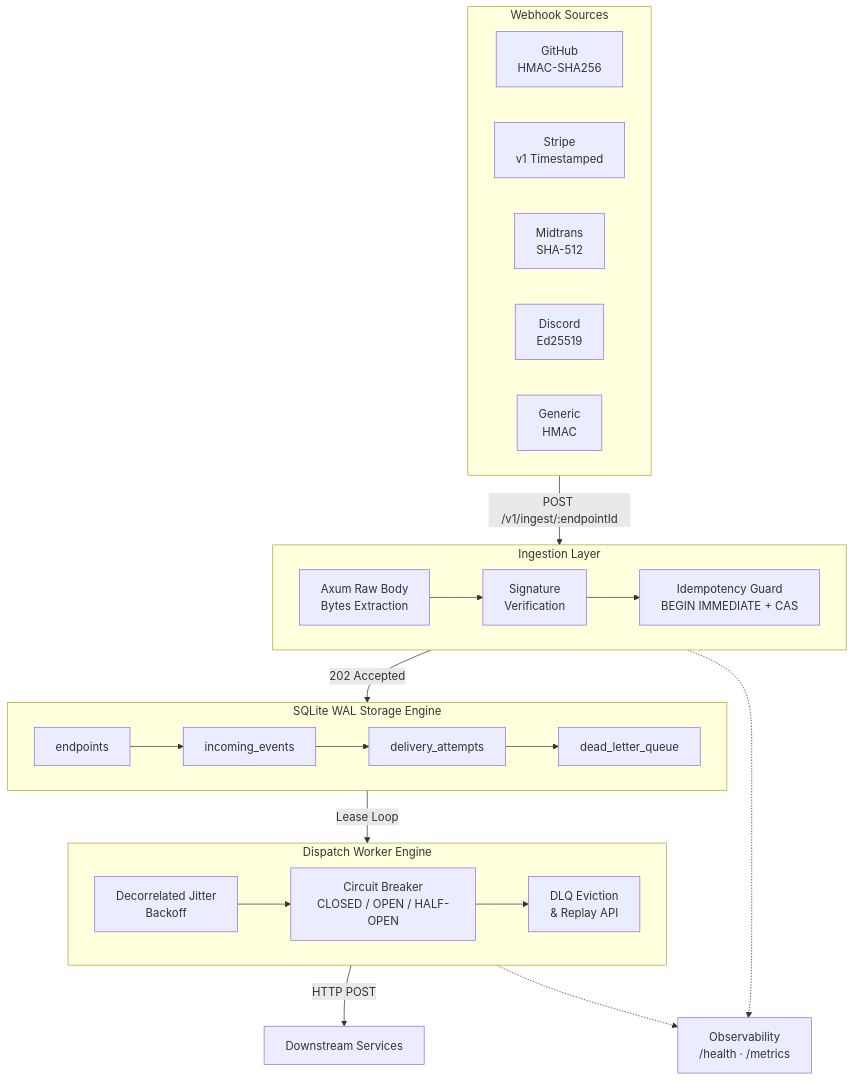
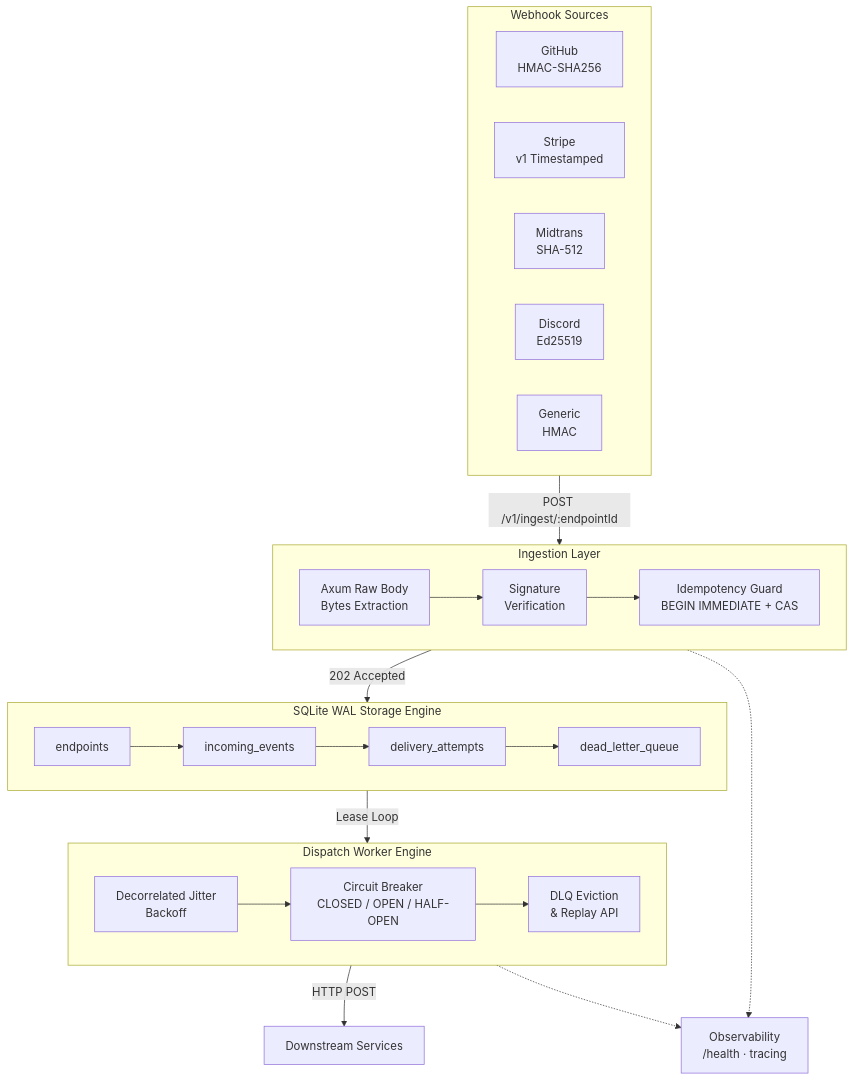
One commit to Schnee111/aether-relay changed the diagram in README.md. Above: the diagram before and after it, drawn with Mermaid. The commit also changed other lines of this file and 5 other files, not shown here.

````diff
--- a/README.md
+++ b/README.md
@@ -51,41 +51,41 @@
 ```mermaid
 flowchart TD
     subgraph Sources["Webhook Sources"]
         GH["GitHub\nHMAC-SHA256"]
         ST["Stripe\nv1 Timestamped"]
         MT["Midtrans\nSHA-512"]
         DC["Discord\nEd25519"]
         GN["Generic\nHMAC"]
     end
 
     Sources -->|"POST /v1/ingest/:endpointId"| IL
 
     subgraph IL["Ingestion Layer"]
         direction LR
         RH["Axum Raw Body\nBytes Extraction"] --> SV["Signature\nVerification"]
         SV --> IG["Idempotency Guard\nBEGIN IMMEDIATE + CAS"]
     end
 
     IL -->|"202 Accepted"| DB
 
     subgraph DB["SQLite WAL Storage Engine"]
         direction LR
         EP["endpoints"] --> IE["incoming_events"]
         IE --> DA["delivery_attempts"]
         DA --> DLQ["dead_letter_queue"]
     end
 
     DB -->|"Lease Loop"| DW
 
     subgraph DW["Dispatch Worker Engine"]
         direction LR
         JB["Decorrelated Jitter\nBackoff"] --> CB["Circuit Breaker\nCLOSED / OPEN / HALF-OPEN"]
         CB --> DQ["DLQ Eviction\n& Replay API"]
     end
 
     DW -->|"HTTP POST"| DS["Downstream Services"]
 
-    OB["Observability\n/health · /metrics"]
+    OB["Observability\n/health · tracing"]
     IL -.-> OB
     DW -.-> OB
 ```
````
